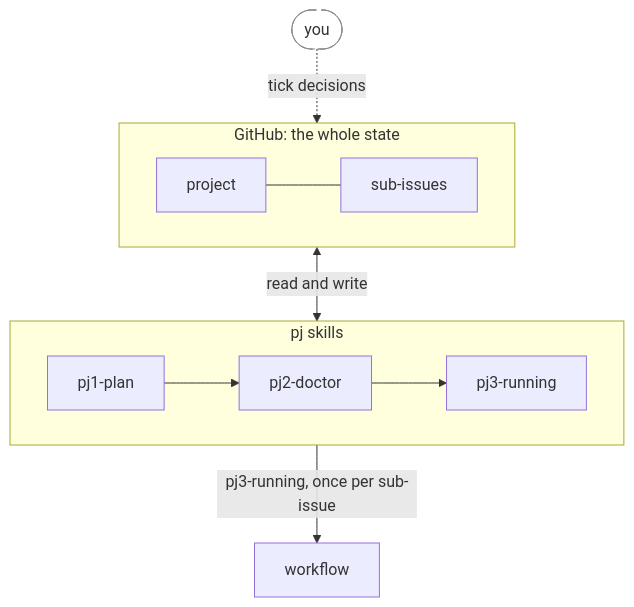
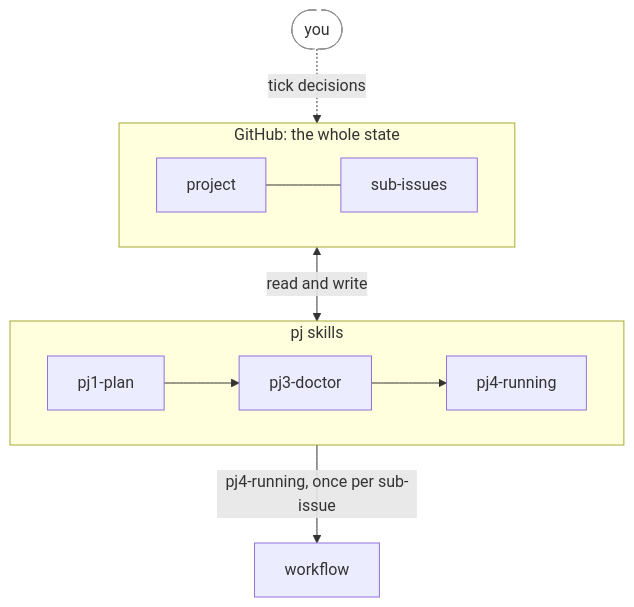
Before and after one commit to annetaan/claude-plugins: the first of 4 diagrams in plugins/annetaan/README.md, drawn with Mermaid. The commit also changed other lines of this file and 16 other files, not shown here.

Commit message:
refactor: rename pj2-doctor to pj3-doctor and pj3-running to pj4-running

````diff
--- a/plugins/annetaan/README.md
+++ b/plugins/annetaan/README.md
@@ -61,18 +61,18 @@
 ```mermaid
 flowchart TB
     you(["you"])
     subgraph gh["GitHub: the whole state"]
         direction LR
         project["project"] --- subs["sub-issues"]
     end
     subgraph pj["pj skills"]
         direction LR
-        plan["pj1-plan"] --> doctor["pj2-doctor"] --> running["pj3-running"]
+        plan["pj1-plan"] --> doctor["pj3-doctor"] --> running["pj4-running"]
     end
     wf["workflow"]
     you -.->|"tick decisions"| gh
     gh <-->|"read and write"| pj
-    pj -->|"pj3-running, once per sub-issue"| wf
+    pj -->|"pj4-running, once per sub-issue"| wf
     classDef human fill:#fff,stroke:#888,stroke-dasharray: 5 5
     class you human
 ```
````
